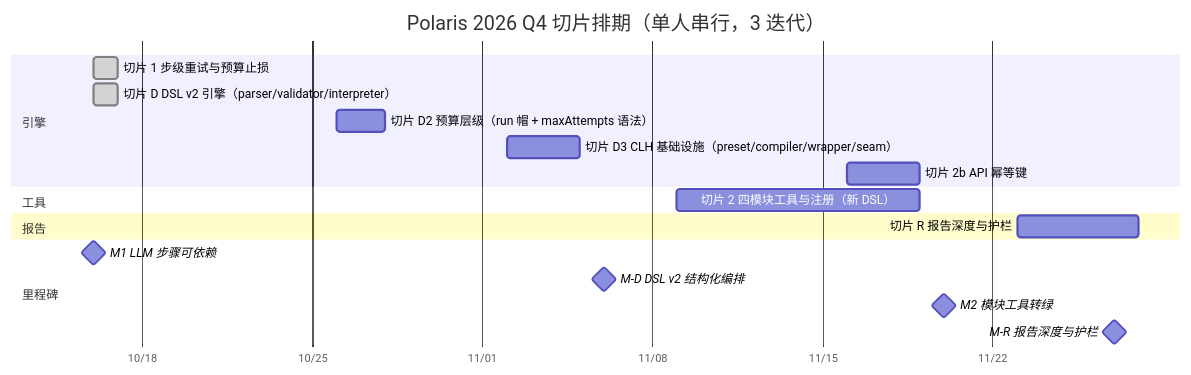
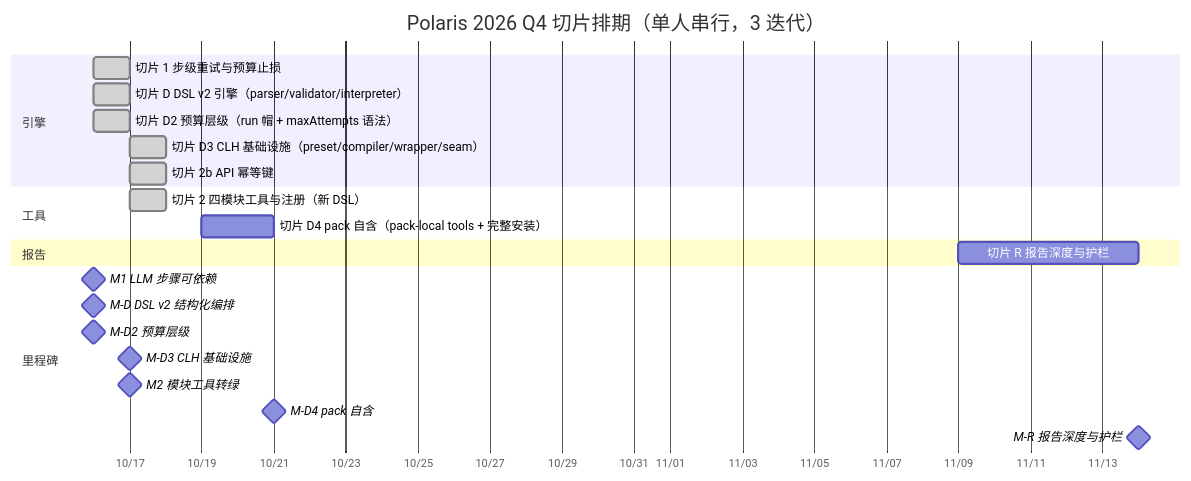
Before and after one commit to 55aaseclab/Polaris: the diagram in apps/docs/site/development/roadmap.md, drawn with Mermaid. The commit also changed other lines of this file, not shown here.

Commit message:
docs(roadmap): V1.6.0 cut slice D4 (pack self-containment) after M2 New slice D4 per PRD 3.11.8: cve four tools move into pack-local tools/, pack-local-first resolution with global tools/ fallback, full-pack install (tools/ + harness/), removal drops local tools. O2 gains KR4. Slice 2 and 2b reconciled as delivered (both early), gantt aligned with actual delivery dates, M-D4 milestone added.

````diff
--- a/apps/docs/site/development/roadmap.md
+++ b/apps/docs/site/development/roadmap.md
@@ -81,21 +84,25 @@
 ```mermaid
 gantt
     title Polaris 2026 Q4 切片排期（单人串行，3 迭代）
     dateFormat YYYY-MM-DD
     axisFormat %m/%d
     section 引擎
     切片 1 步级重试与预算止损 :done, a1, 2026-10-16, 1d
     切片 D DSL v2 引擎（parser/validator/interpreter） :done, a2, 2026-10-16, 1d
-    切片 D2 预算层级（run 帽 + maxAttempts 语法） :a4, 2026-10-26, 2d
-    切片 D3 CLH 基础设施（preset/compiler/wrapper/seam） :a5, 2026-11-02, 3d
-    切片 2b API 幂等键 :a3, 2026-11-16, 3d
+    切片 D2 预算层级（run 帽 + maxAttempts 语法） :done, a4, 2026-10-16, 1d
+    切片 D3 CLH 基础设施（preset/compiler/wrapper/seam） :done, a5, 2026-10-17, 1d
+    切片 2b API 幂等键 :done, a3, 2026-10-17, 1d
     section 工具
-    切片 2 四模块工具与注册（新 DSL） :b1, 2026-11-09, 10d
+    切片 2 四模块工具与注册（新 DSL） :done, b1, 2026-10-17, 1d
+    切片 D4 pack 自含（pack-local tools + 完整安装） :b2, 2026-10-19, 2d
     section 报告
-    切片 R 报告深度与护栏 :r1, 2026-11-23, 5d
+    切片 R 报告深度与护栏 :r1, 2026-11-09, 5d
     section 里程碑
     M1 LLM 步骤可依赖 :milestone, m1, 2026-10-16, 0d
-    M-D DSL v2 结构化编排 :milestone, md, 2026-11-06, 0d
-    M2 模块工具转绿 :milestone, m2, 2026-11-20, 0d
-    M-R 报告深度与护栏 :milestone, mr, 2026-11-27, 0d
+    M-D DSL v2 结构化编排 :milestone, md, 2026-10-16, 0d
+    M-D2 预算层级 :milestone, md2, 2026-10-16, 0d
+    M-D3 CLH 基础设施 :milestone, md3, 2026-10-17, 0d
+    M2 模块工具转绿 :milestone, m2, 2026-10-17, 0d
+    M-D4 pack 自含 :milestone, md4, 2026-10-21, 0d
+    M-R 报告深度与护栏 :milestone, mr, 2026-11-14, 0d
 ```
````
